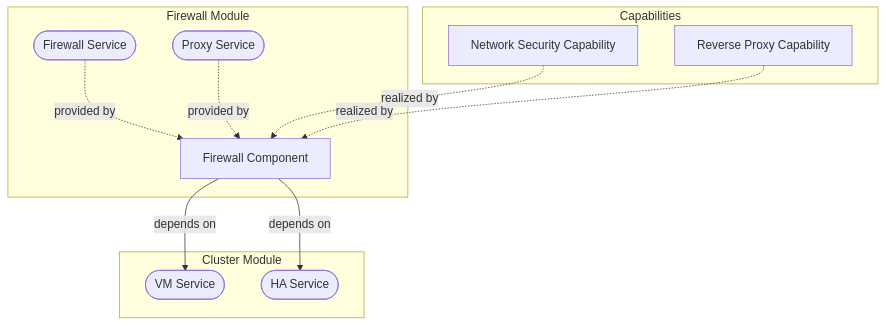
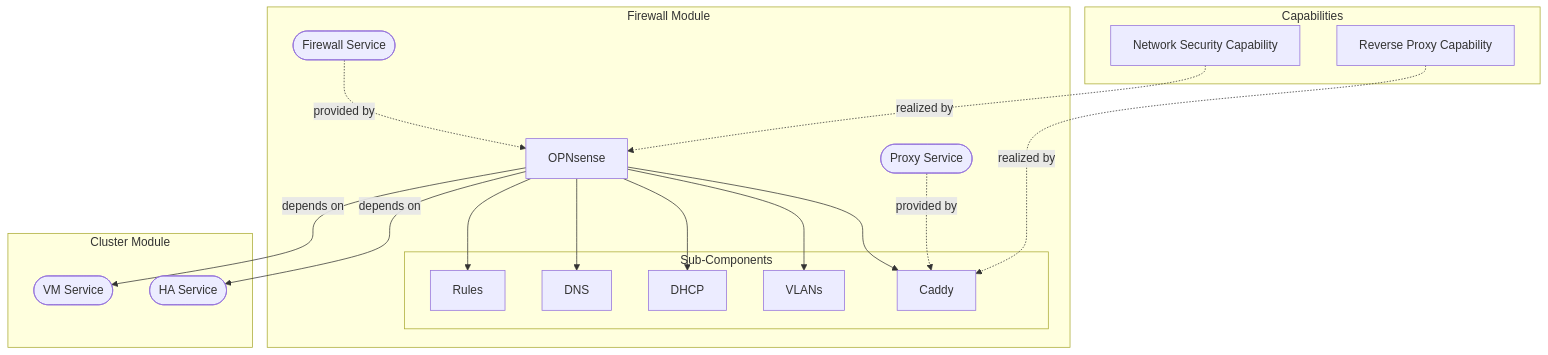
Before and after one commit to TAPPaaS/Documentation: the second of 5 diagrams in docs/architecture/module-designs/foundation.md, drawn with Mermaid. The commit also changed other lines of this file, not shown here.

Commit message:
Update Foundation diagrams with specific component names

````diff
--- a/docs/architecture/module-designs/foundation.md
+++ b/docs/architecture/module-designs/foundation.md
@@ -47,25 +47,37 @@
 ```mermaid
 flowchart TB
     subgraph Capabilities
         Network[Network Security Capability]
         Proxy[Reverse Proxy Capability]
     end
 
     subgraph Firewall Module
-        FWComp[Firewall Component]
+        OPNsense[OPNsense]
+        subgraph Sub-Components
+            Rules[Rules]
+            DNS[DNS]
+            DHCP[DHCP]
+            VLANs[VLANs]
+            Caddy[Caddy]
+        end
         FirewallService([Firewall Service])
         ProxyService([Proxy Service])
-        FirewallService -.->|provided by| FWComp
-        ProxyService -.->|provided by| FWComp
+        OPNsense --> Rules
+        OPNsense --> DNS
+        OPNsense --> DHCP
+        OPNsense --> VLANs
+        OPNsense --> Caddy
+        FirewallService -.->|provided by| OPNsense
+        ProxyService -.->|provided by| Caddy
     end
 
     subgraph Cluster Module
         VMService([VM Service])
         HAService([HA Service])
     end
 
-    Network -.->|realized by| FWComp
-    Proxy -.->|realized by| FWComp
-    FWComp -->|depends on| VMService
-    FWComp -->|depends on| HAService
+    Network -.->|realized by| OPNsense
+    Proxy -.->|realized by| Caddy
+    OPNsense -->|depends on| VMService
+    OPNsense -->|depends on| HAService
 ```
````
